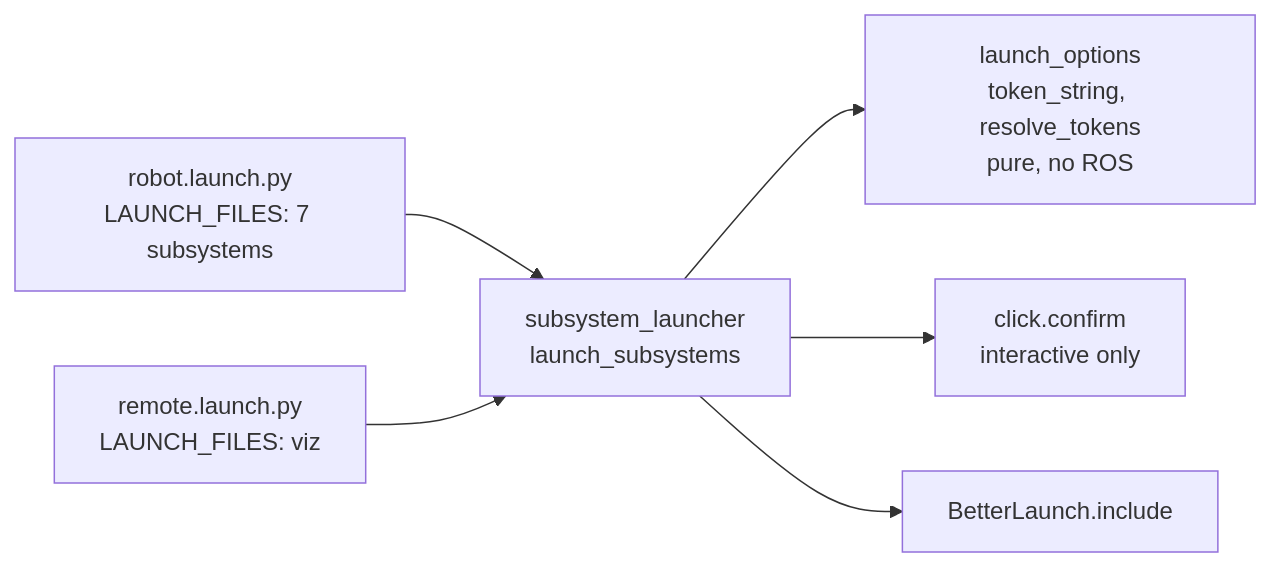
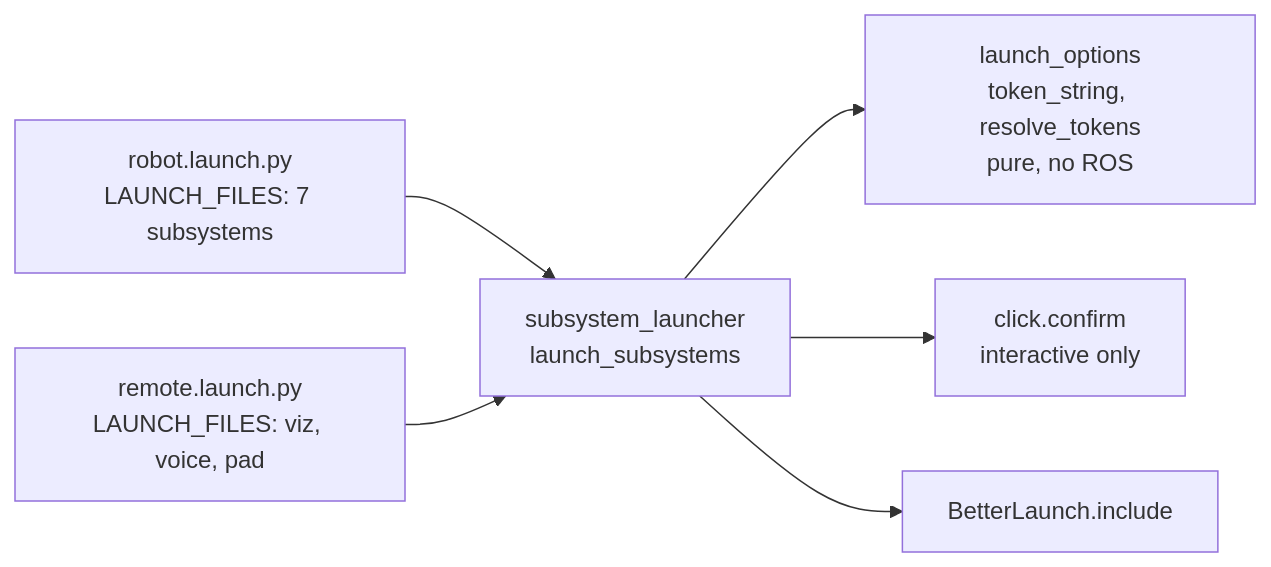
One commit to Boston-Robot-Hackers/dome2 changed the first of 3 diagrams in process/01-literate/04-robot_orchestrator.md. Above: the diagram before and after it, drawn with Mermaid. The commit also changed other lines of this file and 16 other files, not shown here.

````diff
--- a/process/01-literate/04-robot_orchestrator.md
+++ b/process/01-literate/04-robot_orchestrator.md
@@ -21,8 +21,8 @@
 ```mermaid
 flowchart LR
     R[robot.launch.py<br/>LAUNCH_FILES: 7 subsystems] --> L[subsystem_launcher<br/>launch_subsystems]
-    M[remote.launch.py<br/>LAUNCH_FILES: viz] --> L
+    M[remote.launch.py<br/>LAUNCH_FILES: viz, voice, pad] --> L
     L --> O[launch_options<br/>token_string, resolve_tokens<br/>pure, no ROS]
     L --> C[click.confirm<br/>interactive only]
     L --> B[BetterLaunch.include]
 ```
````
